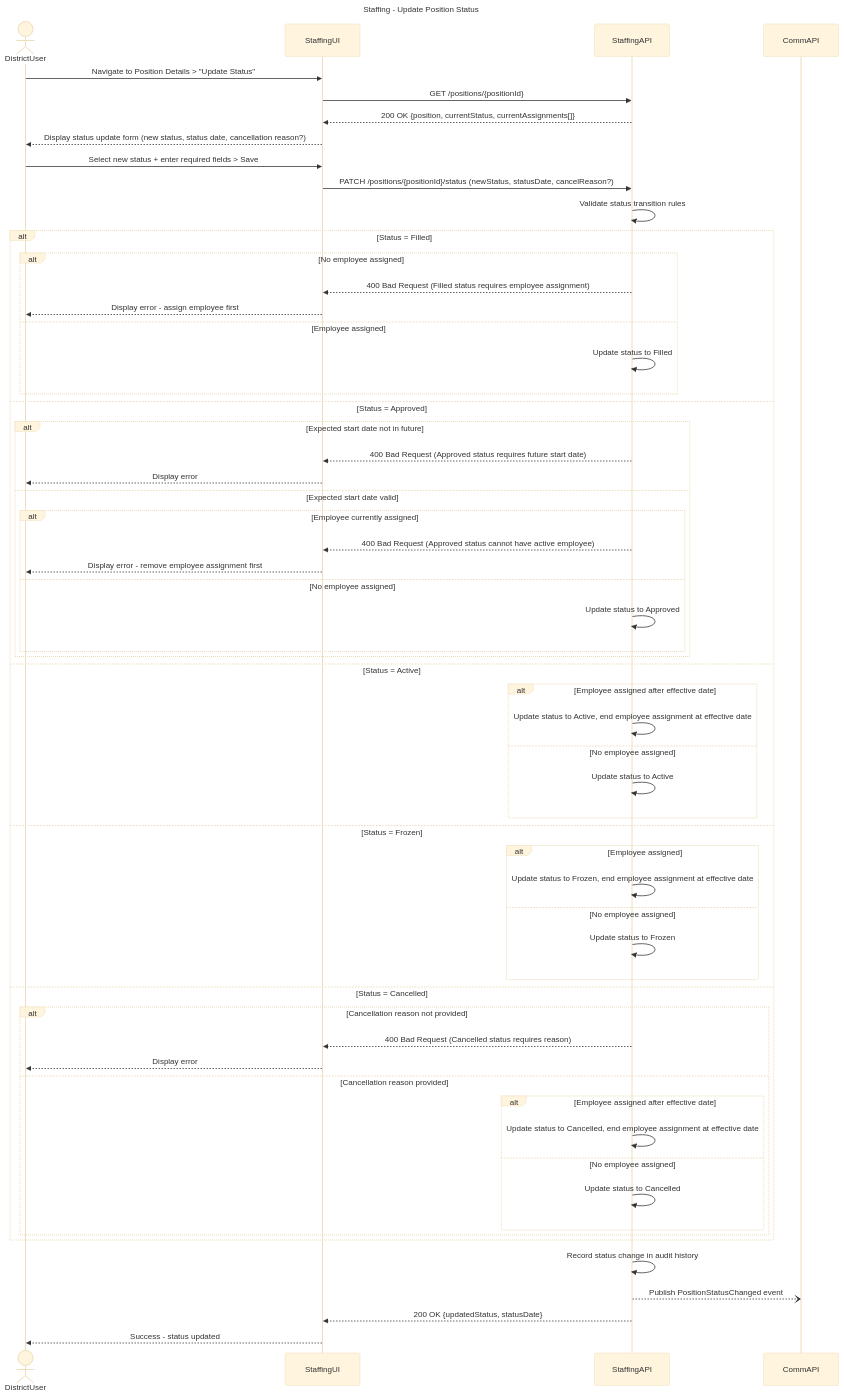
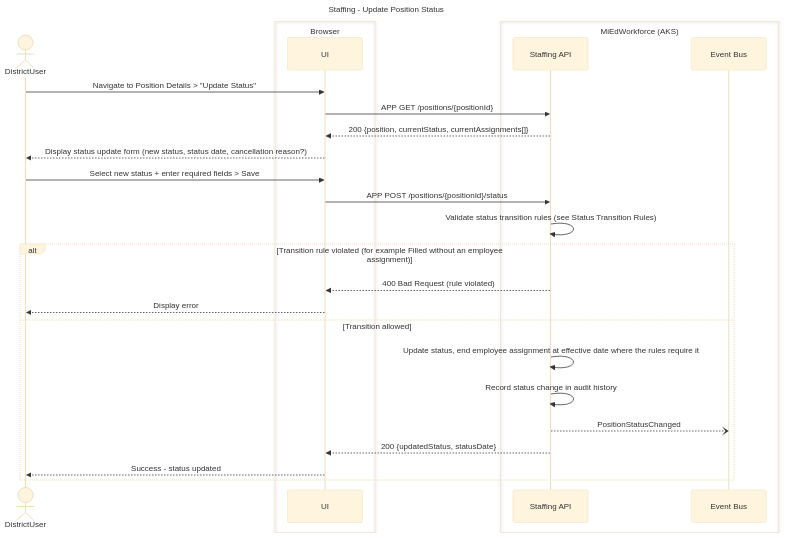
Diagram 14 of 14 in working-docs/solution-areas/staffing/staffing-sequences.md (mnichols-dl/mied-design), drawn with Mermaid (base theme) before and after one commit. The commit also changed other lines of this file and 34 other files, not shown here.

Commit message:
Update sequences and perform RTM assessment

````diff
--- a/working-docs/solution-areas/staffing/staffing-sequences.md
+++ b/working-docs/solution-areas/staffing/staffing-sequences.md
@@ -712,73 +846,35 @@
 ```mermaid
 ---
 title: Staffing - Update Position Status
 ---
 sequenceDiagram
     actor DistrictUser
-    participant StaffingUI
-    participant StaffingAPI
-    participant CommAPI
-    
-    DistrictUser->>StaffingUI: Navigate to Position Details > "Update Status"
-    StaffingUI->>StaffingAPI: GET /positions/{positionId}
-    StaffingAPI-->>StaffingUI: 200 OK {position, currentStatus, currentAssignments[]}
-    
-    StaffingUI-->>DistrictUser: Display status update form (new status, status date, cancellation reason?)
-    DistrictUser->>StaffingUI: Select new status + enter required fields > Save
-    StaffingUI->>StaffingAPI: PATCH /positions/{positionId}/status (newStatus, statusDate, cancelReason?)
-    
-    StaffingAPI->>StaffingAPI: Validate status transition rules
-    
-    alt Status = Filled
-        alt No employee assigned
-            StaffingAPI-->>StaffingUI: 400 Bad Request (Filled status requires employee assignment)
-            StaffingUI-->>DistrictUser: Display error - assign employee first
-        else Employee assigned
-            StaffingAPI->>StaffingAPI: Update status to Filled
-        end
-        
-    else Status = Approved
-        alt Expected start date not in future
-            StaffingAPI-->>StaffingUI: 400 Bad Request (Approved status requires future start date)
-            StaffingUI-->>DistrictUser: Display error
-        else Expected start date valid
-            alt Employee currently assigned
-                StaffingAPI-->>StaffingUI: 400 Bad Request (Approved status cannot have active employee)
-                StaffingUI-->>DistrictUser: Display error - remove employee assignment first
-            else No employee assigned
-                StaffingAPI->>StaffingAPI: Update status to Approved
-            end
-        end
-        
-    else Status = Active
-        alt Employee assigned after effective date
-            StaffingAPI->>StaffingAPI: Update status to Active, end employee assignment at effective date
-        else No employee assigned
-            StaffingAPI->>StaffingAPI: Update status to Active
-        end
-        
-    else Status = Frozen
-        alt Employee assigned
-            StaffingAPI->>StaffingAPI: Update status to Frozen, end employee assignment at effective date
-        else No employee assigned
-            StaffingAPI->>StaffingAPI: Update status to Frozen
-        end
-        
-    else Status = Cancelled
-        alt Cancellation reason not provided
-            StaffingAPI-->>StaffingUI: 400 Bad Request (Cancelled status requires reason)
-            StaffingUI-->>DistrictUser: Display error
-        else Cancellation reason provided
-            alt Employee assigned after effective date
-                StaffingAPI->>StaffingAPI: Update status to Cancelled, end employee assignment at effective date
-            else No employee assigned
-                StaffingAPI->>StaffingAPI: Update status to Cancelled
-            end
-        end
+    box Browser
+        participant UI as UI
     end
-    
-    StaffingAPI->>StaffingAPI: Record status change in audit history
-    StaffingAPI--)CommAPI: Publish PositionStatusChanged event
-    StaffingAPI-->>StaffingUI: 200 OK {updatedStatus, statusDate}
-    StaffingUI-->>DistrictUser: Success - status updated
+    box MiEdWorkforce (AKS)
+        participant StaffingApi as Staffing API
+        participant EventBus as Event Bus
+    end
+
+    DistrictUser->>UI: Navigate to Position Details > "Update Status"
+    UI->>StaffingApi: APP GET /positions/{positionId}
+    StaffingApi-->>UI: 200 {position, currentStatus, currentAssignments[]}
+
+    UI-->>DistrictUser: Display status update form (new status, status date, cancellation reason?)
+    DistrictUser->>UI: Select new status + enter required fields > Save
+    UI->>StaffingApi: APP POST /positions/{positionId}/status
+
+    StaffingApi->>StaffingApi: Validate status transition rules (see Status Transition Rules)
+
+    alt Transition rule violated (for example Filled without an employee assignment)
+        StaffingApi-->>UI: 400 Bad Request (rule violated)
+        UI-->>DistrictUser: Display error
+    else Transition allowed
+        StaffingApi->>StaffingApi: Update status, end employee assignment at effective date where the rules require it
+        StaffingApi->>StaffingApi: Record status change in audit history
+        StaffingApi--)EventBus: PositionStatusChanged
+        StaffingApi-->>UI: 200 {updatedStatus, statusDate}
+        UI-->>DistrictUser: Success - status updated
+    end
 ```
````
